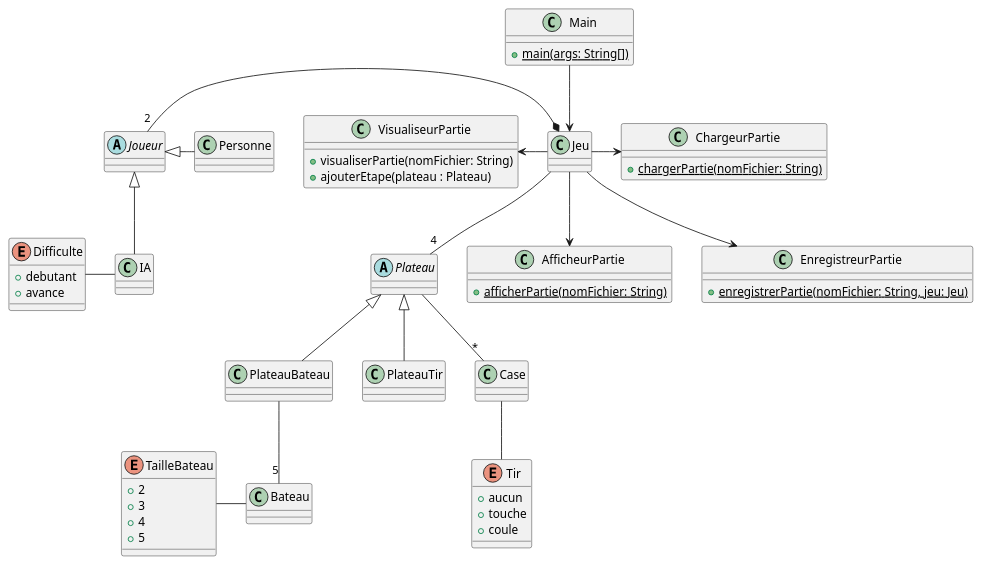
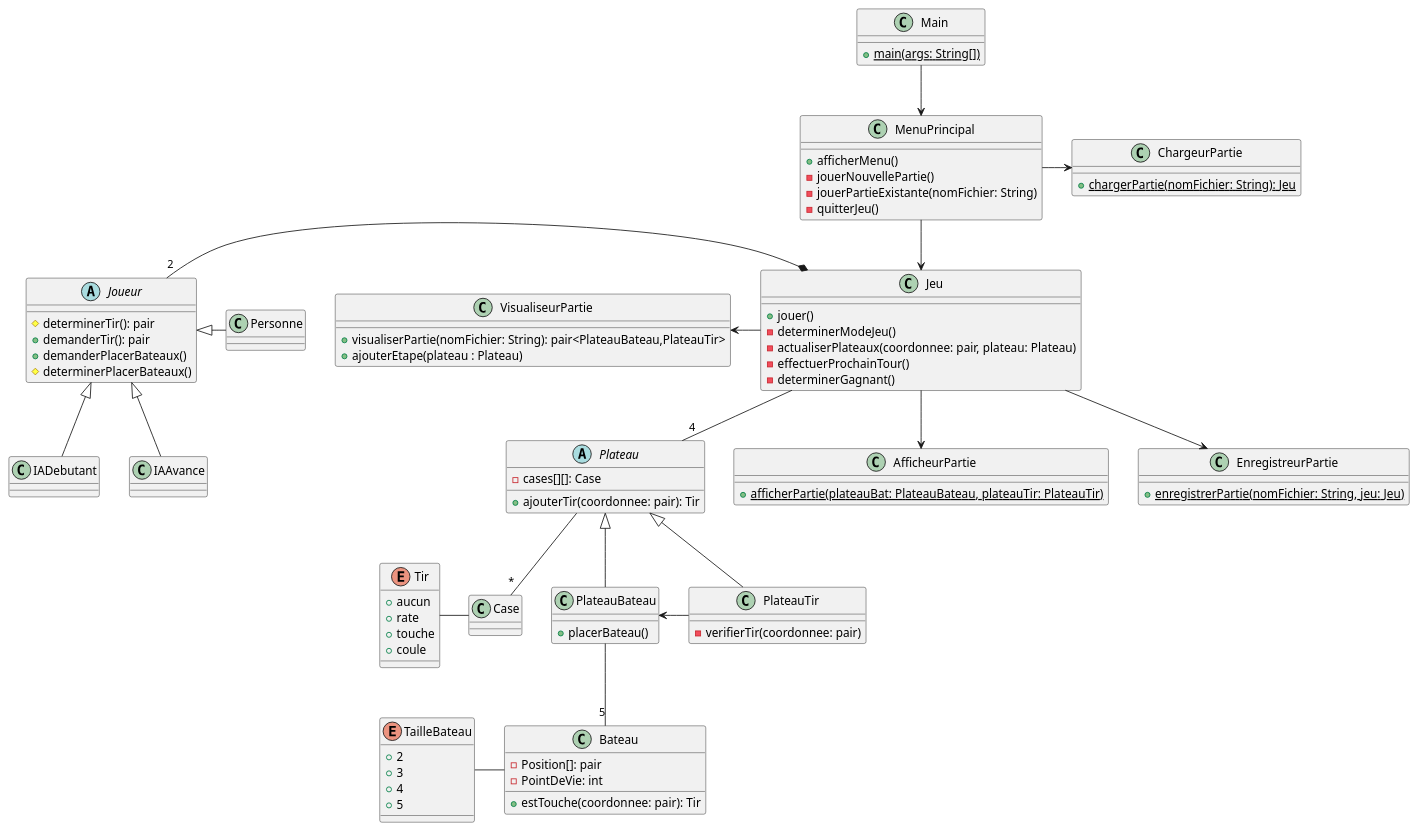
The diagram in diagrammes_conception/diagramme_classes.puml (Patroklos99/5153_TP2-Battleship-AI-Pattern-Conception_Engineering2), drawn with PlantUML before and after one commit.

Commit message:
modification du diagramme de classes (2e version)

```diff
--- a/diagrammes_conception/diagramme_classes.puml
+++ b/diagrammes_conception/diagramme_classes.puml
@@ -1,86 +1,111 @@
 @startuml
 
 class Main {
     + {static} main(args: String[])
 }
 
-abstract class Plateau
+abstract class Plateau{
+    - cases[][]: Case
+    + ajouterTir(coordonnee: pair): Tir
+}
 
-abstract class Joueur
+abstract class Joueur{
+    # determinerTir(): pair
+    + demanderTir(): pair
+    + demanderPlacerBateaux()
+    # determinerPlacerBateaux()
+}
+
+class MenuPrincipal{
+    + afficherMenu()
+    - jouerNouvellePartie()
+    - jouerPartieExistante(nomFichier: String)
+    - quitterJeu()
+}
 
 class Jeu {
+    + jouer()
+    - determinerModeJeu()
+    - actualiserPlateaux(coordonnee: pair, plateau: Plateau)
+    - effectuerProchainTour()
+    - determinerGagnant()
 }
 
 class PlateauBateau {
+    + placerBateau()
 }
 
 class PlateauTir {
+    - verifierTir(coordonnee: pair)
 }
 
 class Bateau {
+    - Position[]: pair
+    - PointDeVie: int
+    + estTouche(coordonnee: pair): Tir
 }
 
 enum TailleBateau {
     + 2
     + 3
     + 4
     + 5
 }
 
 class Case {
 }
 
 enum Tir {
     + aucun
+    + rate
     + touche
     + coule
 }
 
-class IA {
+class IADebutant {
 }
 
-enum Difficulte {
-    + debutant
-    + avance
+class IAAvance{
 }
 
-
 class ChargeurPartie {
-    + {static} chargerPartie(nomFichier: String)
+    + {static} chargerPartie(nomFichier: String): Jeu
 }
 
 class VisualiseurPartie {
-    + visualiserPartie(nomFichier: String)
+    + visualiserPartie(nomFichier: String): pair<PlateauBateau,PlateauTir>
     + ajouterEtape(plateau : Plateau)
 }
 
 class AfficheurPartie {
-    + {static} afficherPartie(nomFichier: String)
+    + {static} afficherPartie(plateauBat: PlateauBateau, plateauTir: PlateauTir)
 }
 
 class EnregistreurPartie {
     + {static} enregistrerPartie(nomFichier: String, jeu: Jeu)
 }
 
 class Personne {
 }
 
 
 PlateauBateau -- "5" Bateau
 Bateau -left- TailleBateau
 Plateau <|-- PlateauBateau
 Plateau <|-- PlateauTir
 Jeu -left-> VisualiseurPartie
 Jeu --> EnregistreurPartie
 Jeu --> AfficheurPartie
-Jeu -> ChargeurPartie
-Main --> Jeu
+MenuPrincipal -> ChargeurPartie
+Main --> MenuPrincipal
+MenuPrincipal --> Jeu
 Jeu-- "4" Plateau
 Plateau -- "*" Case
-Case -- Tir
-IA -left- Difficulte
+Case -left- Tir
 Joueur <|- Personne
-Joueur <|-down- IA
+Joueur <|-down- IADebutant
+Joueur <|-down- IAAvance
 Jeu *-left-- "2" Joueur
+PlateauBateau <- PlateauTir
 
 @enduml
```
